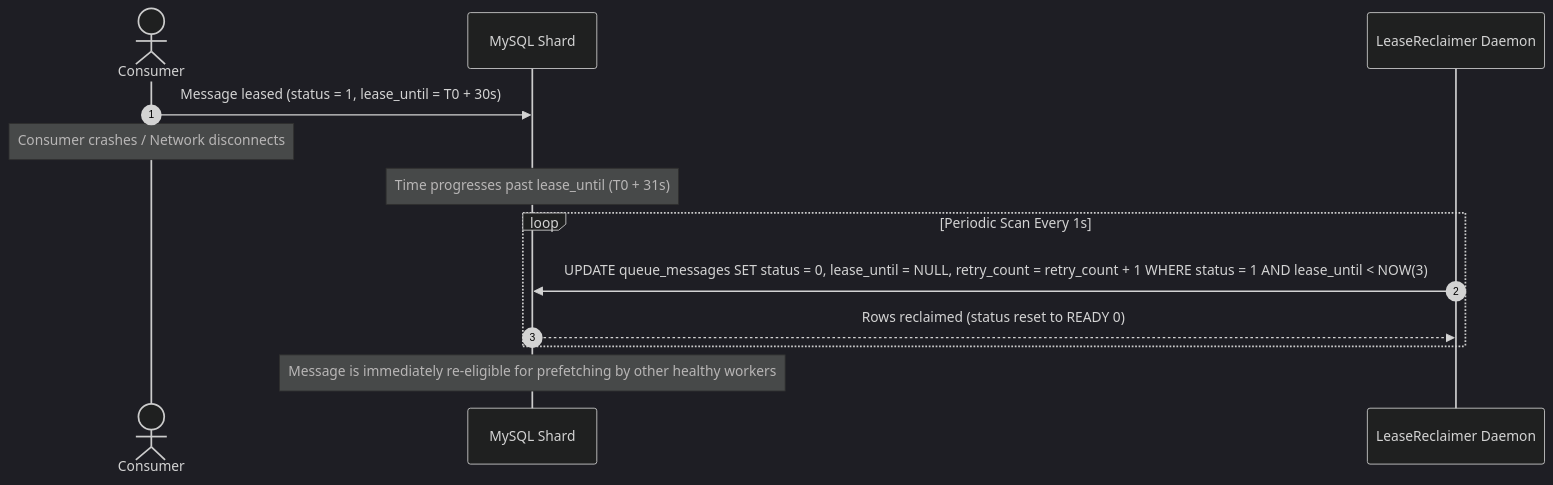
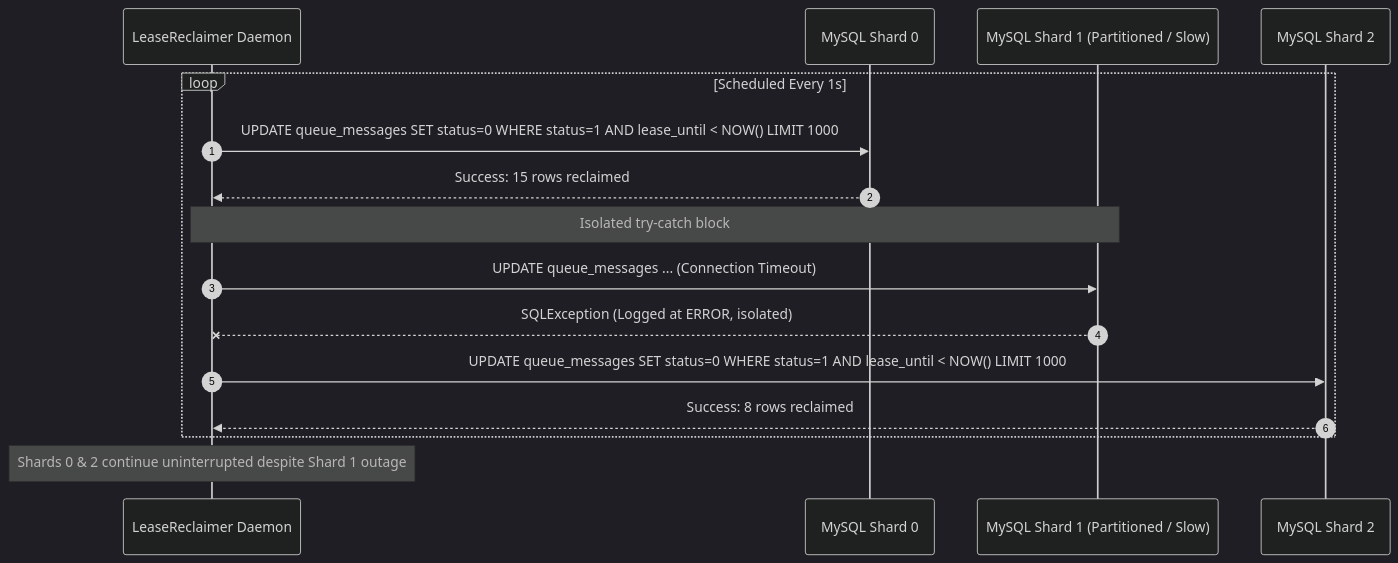
One commit to KhaiHust/FOQS changed the ninth of 9 diagrams in DOCS.md. Above: the diagram before and after it, drawn with Mermaid (dark theme). The commit also changed other lines of this file and 20 other files, not shown here.

````diff
--- a/DOCS.md
+++ b/DOCS.md
@@ -466,18 +581,21 @@
 ```mermaid
 sequenceDiagram
     autonumber
-    actor Consumer
-    participant DB as MySQL Shard
     participant Reclaimer as LeaseReclaimer Daemon
+    participant DB0 as MySQL Shard 0
+    participant DB1 as MySQL Shard 1 (Partitioned / Slow)
+    participant DB2 as MySQL Shard 2
 
-    Consumer->>DB: Message leased (status = 1, lease_until = T0 + 30s)
-    Note over Consumer: Consumer crashes / Network disconnects
-    Note over DB: Time progresses past lease_until (T0 + 31s)
-    
-    loop Periodic Scan Every 1s
-        Reclaimer->>DB: UPDATE queue_messages SET status = 0, lease_until = NULL, retry_count = retry_count + 1 WHERE status = 1 AND lease_until < NOW(3)
-        DB-->>Reclaimer: Rows reclaimed (status reset to READY 0)
+    loop Scheduled Every 1s
+        Reclaimer->>DB0: UPDATE queue_messages SET status=0 WHERE status=1 AND lease_until < NOW() LIMIT 1000
+        DB0-->>Reclaimer: Success: 15 rows reclaimed
+        
+        Note over Reclaimer,DB1: Isolated try-catch block
+        Reclaimer->>DB1: UPDATE queue_messages ... (Connection Timeout)
+        DB1--xReclaimer: SQLException (Logged at ERROR, isolated)
+        
+        Reclaimer->>DB2: UPDATE queue_messages SET status=0 WHERE status=1 AND lease_until < NOW() LIMIT 1000
+        DB2-->>Reclaimer: Success: 8 rows reclaimed
     end
-    
-    Note over DB: Message is immediately re-eligible for prefetching by other healthy workers
+    Note over Reclaimer: Shards 0 & 2 continue uninterrupted despite Shard 1 outage
 ```
````
